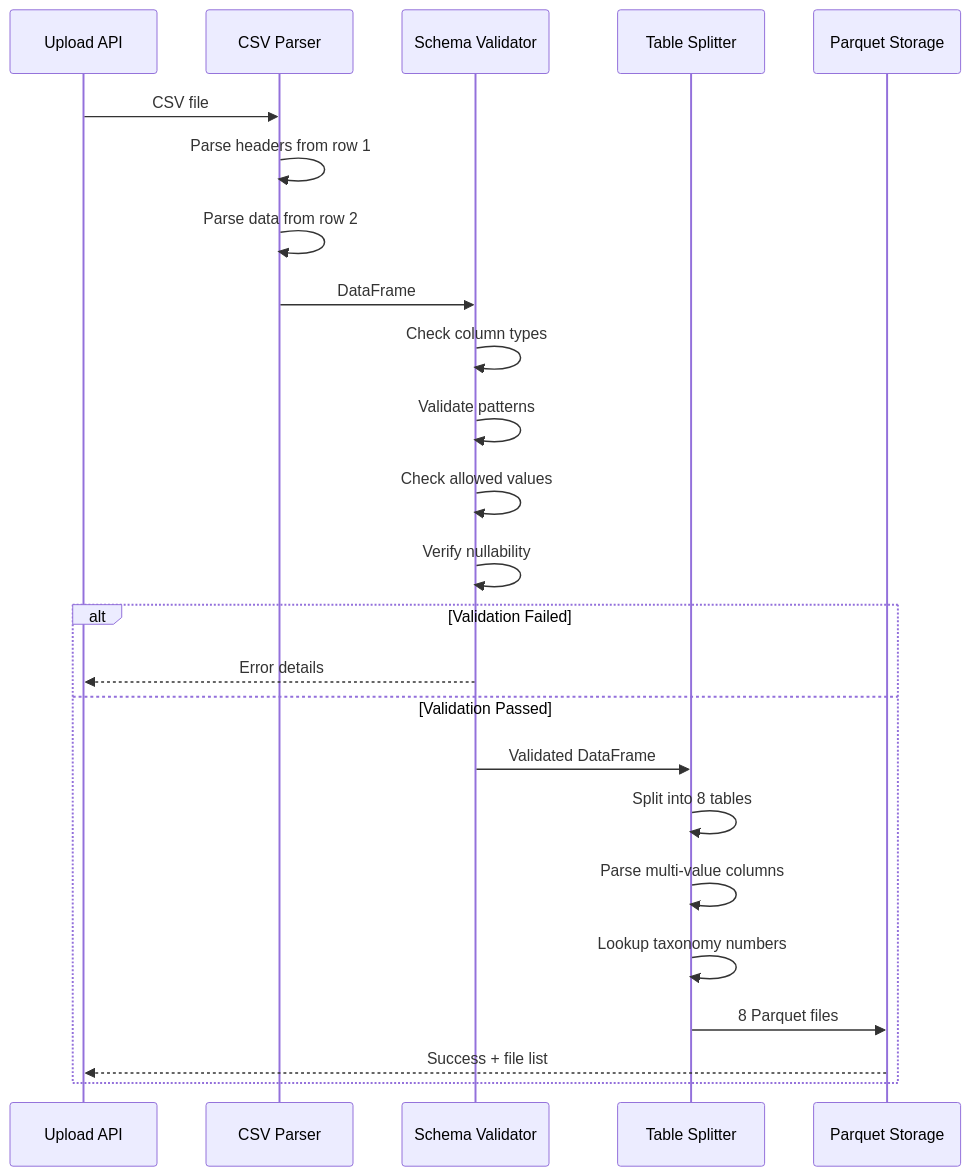
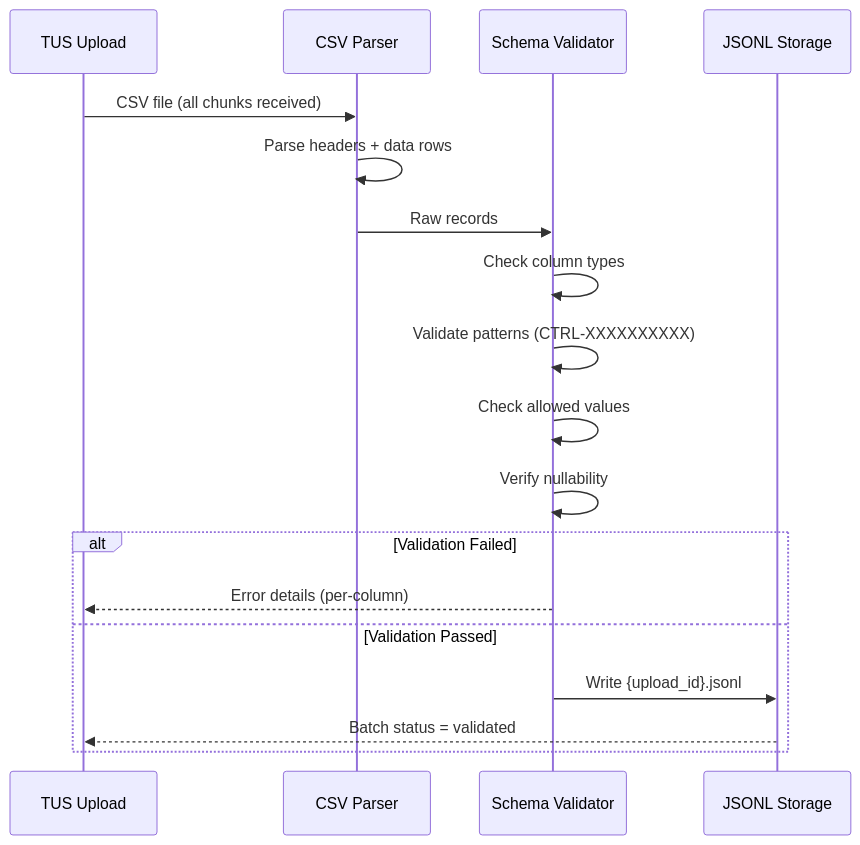
Before and after one commit to white07S/application: the third of 7 diagrams in docs/docs_content/pipelines/controls-pipeline.md, drawn with Mermaid. The commit also changed other lines of this file and 3 other files, not shown here.

````diff
--- a/docs/docs_content/pipelines/controls-pipeline.md
+++ b/docs/docs_content/pipelines/controls-pipeline.md
@@ -482,27 +169,21 @@
 ```mermaid
 sequenceDiagram
-    participant Upload as Upload API
+    participant Upload as TUS Upload
     participant Parser as CSV Parser
     participant Validator as Schema Validator
-    participant Splitter as Table Splitter
-    participant Storage as Parquet Storage
+    participant Storage as JSONL Storage
 
-    Upload->>Parser: CSV file
-    Parser->>Parser: Parse headers from row 1
-    Parser->>Parser: Parse data from row 2
-    Parser->>Validator: DataFrame
+    Upload->>Parser: CSV file (all chunks received)
+    Parser->>Parser: Parse headers + data rows
+    Parser->>Validator: Raw records
     Validator->>Validator: Check column types
-    Validator->>Validator: Validate patterns
+    Validator->>Validator: Validate patterns (CTRL-XXXXXXXXXX)
     Validator->>Validator: Check allowed values
     Validator->>Validator: Verify nullability
     alt Validation Failed
-        Validator-->>Upload: Error details
+        Validator-->>Upload: Error details (per-column)
     else Validation Passed
-        Validator->>Splitter: Validated DataFrame
-        Splitter->>Splitter: Split into 8 tables
-        Splitter->>Splitter: Parse multi-value columns
-        Splitter->>Splitter: Lookup taxonomy numbers
-        Splitter->>Storage: 8 Parquet files
-        Storage-->>Upload: Success + file list
+        Validator->>Storage: Write {upload_id}.jsonl
+        Storage-->>Upload: Batch status = validated
     end
 ```
````
